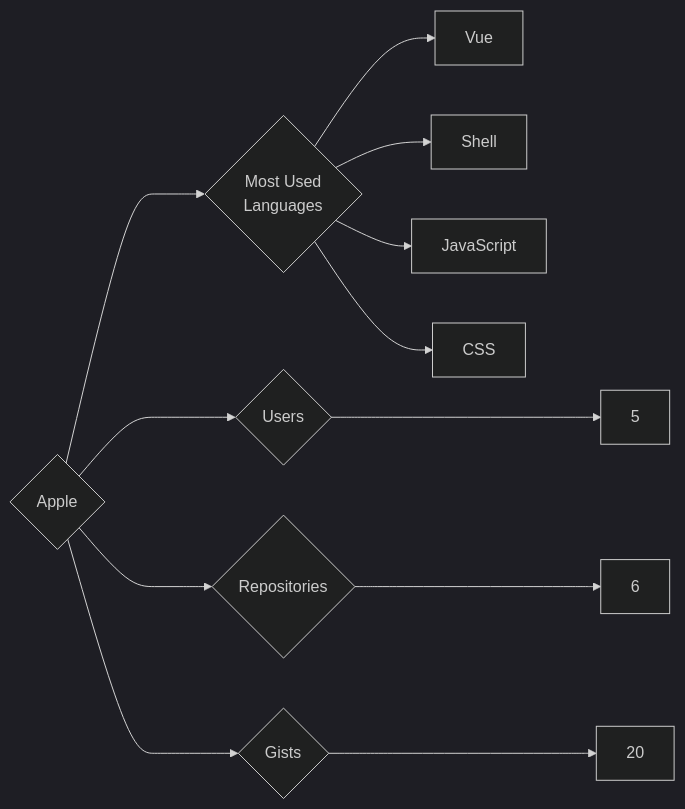
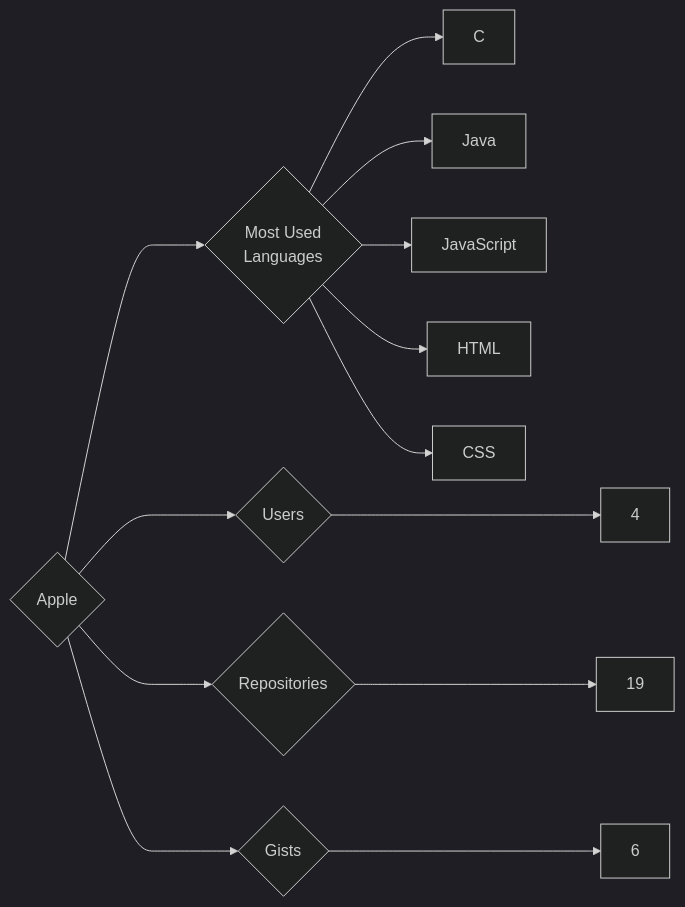
One commit to trickest/insiders changed the diagram in targets/Apple/README.md. Above: the diagram before and after it, drawn with Mermaid (dark theme). The commit also changed 776 other files, not shown here.

````diff
--- a/targets/Apple/README.md
+++ b/targets/Apple/README.md
@@ -3,12 +3,13 @@
 ```mermaid
 graph LR
 COMPANY_NAME{Apple}
-COMPANY_NAME ---> U{Users} ---> UN[5]
-COMPANY_NAME ---> R{Repositories} ---> RN[6]
-COMPANY_NAME ---> G{Gists} ---> GN[20]
+COMPANY_NAME ---> U{Users} ---> UN[4]
+COMPANY_NAME ---> R{Repositories} ---> RN[19]
+COMPANY_NAME ---> G{Gists} ---> GN[6]
 COMPANY_NAME ---> ML{Most Used<br>Languages}
-ML --> Vue[Vue]
-ML --> Shell[Shell]
+ML --> C[C]
+ML --> Java[Java]
 ML --> JavaScript[JavaScript]
+ML --> HTML[HTML]
 ML --> CSS[CSS]
 ```
````
